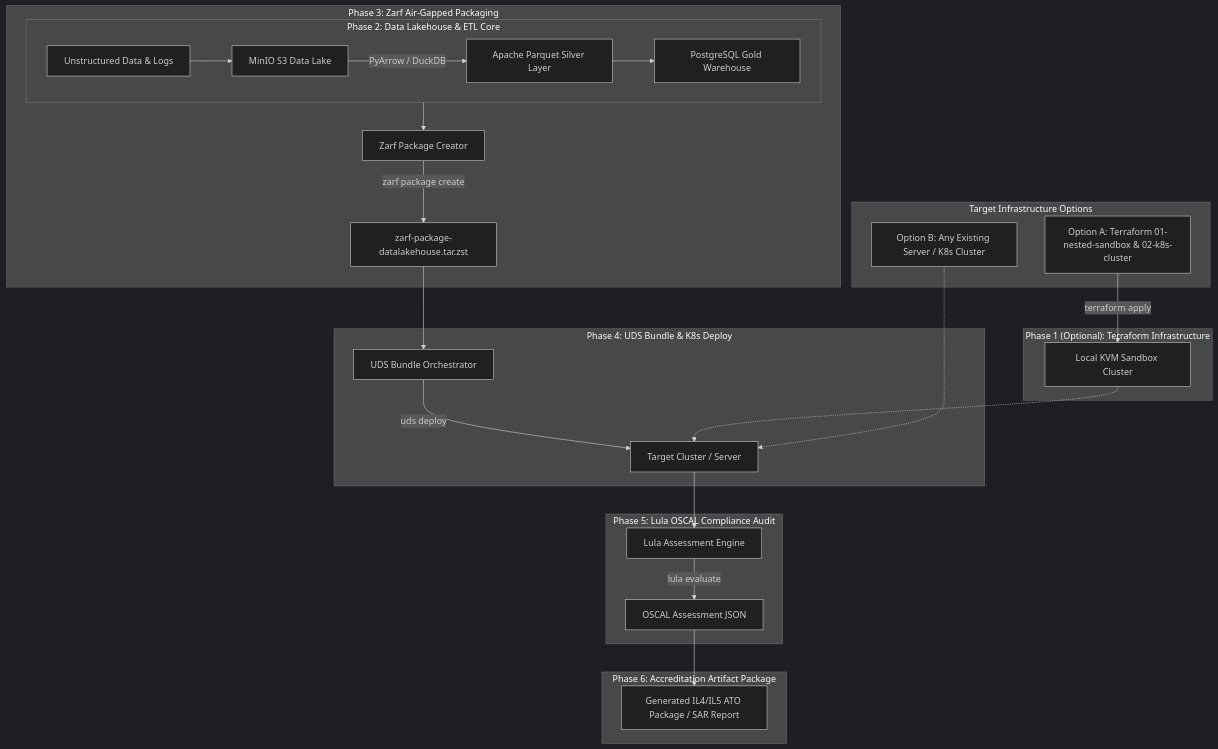
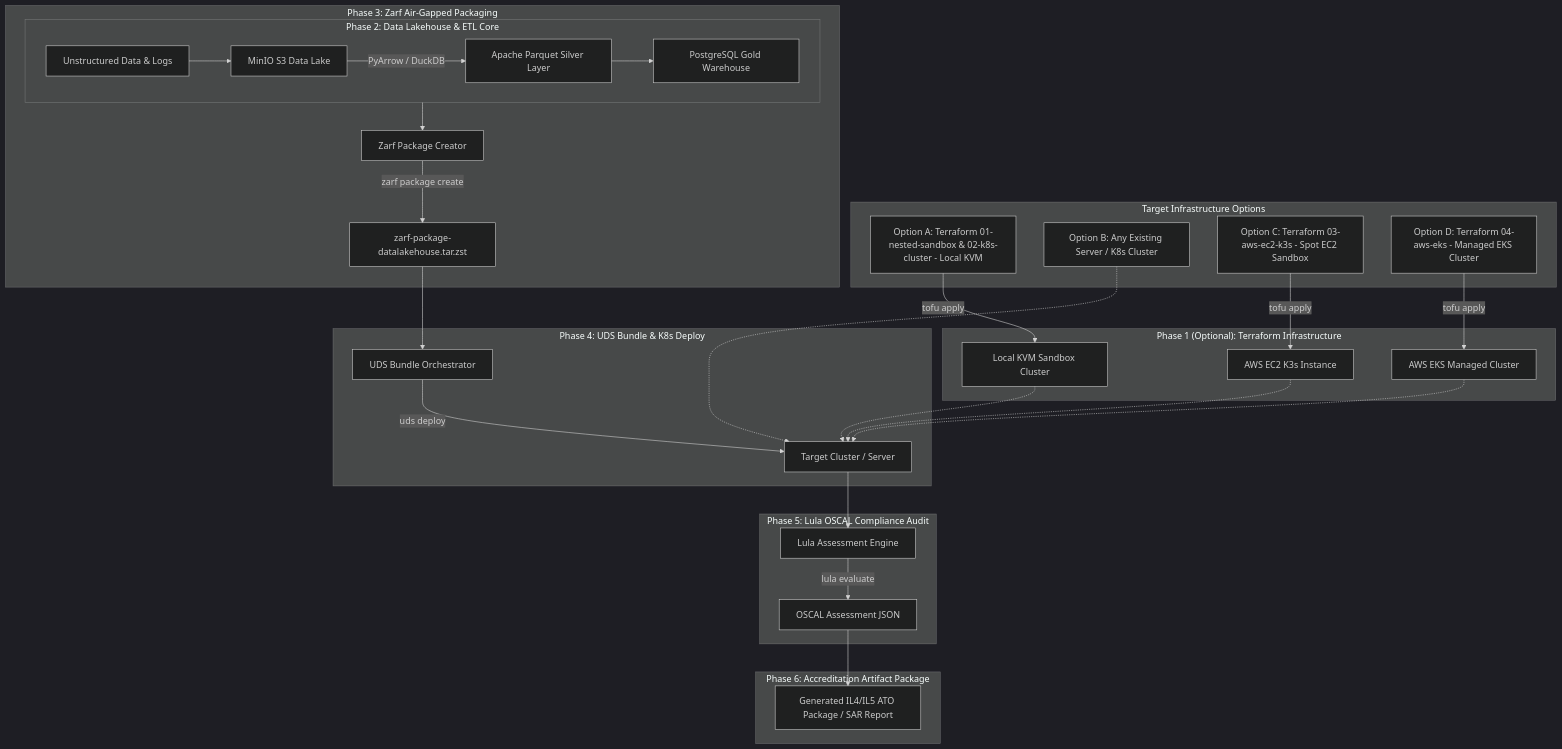
Before and after one commit to celttechie/zarf-uds-lula-datalakehouse: the diagram in PLAN.md, drawn with Mermaid (dark theme). The commit also changed other lines of this file and 7 other files, not shown here.

````diff
--- a/PLAN.md
+++ b/PLAN.md
@@ -13,38 +13,44 @@
 ```mermaid
 flowchart TD
     subgraph TargetEnv ["Target Infrastructure Options"]
-        OPT_A[Option A: Terraform 01-nested-sandbox & 02-k8s-cluster]
+        OPT_A[Option A: Terraform 01-nested-sandbox & 02-k8s-cluster - Local KVM]
         OPT_B[Option B: Any Existing Server / K8s Cluster]
+        OPT_C[Option C: Terraform 03-aws-ec2-k3s - Spot EC2 Sandbox]
+        OPT_D[Option D: Terraform 04-aws-eks - Managed EKS Cluster]
     end
 
     subgraph P1 ["Phase 1 (Optional): Terraform Infrastructure"]
-        OPT_A -->|terraform apply| K3S_A[Local KVM Sandbox Cluster]
+        OPT_A -->|tofu apply| K3S_A[Local KVM Sandbox Cluster]
+        OPT_C -->|tofu apply| K3S_C[AWS EC2 K3s Instance]
+        OPT_D -->|tofu apply| EKS_D[AWS EKS Managed Cluster]
     end
 
     subgraph P2 ["Phase 2: Data Lakehouse & ETL Core"]
         RAW[Unstructured Data & Logs] --> MINIO[MinIO S3 Data Lake]
         MINIO -->|PyArrow / DuckDB| PARQUET[Apache Parquet Silver Layer]
         PARQUET --> PG[PostgreSQL Gold Warehouse]
     end
 
     subgraph P3 ["Phase 3: Zarf Air-Gapped Packaging"]
         P2 --> ZARF[Zarf Package Creator]
         ZARF -->|zarf package create| TAR[zarf-package-datalakehouse.tar.zst]
     end
 
     subgraph P4 ["Phase 4: UDS Bundle & K8s Deploy"]
         TAR --> UDS[UDS Bundle Orchestrator]
         UDS -->|uds deploy| K3S[Target Cluster / Server]
         K3S_A -.-> K3S
+        K3S_C -.-> K3S
+        EKS_D -.-> K3S
         OPT_B -.-> K3S
     end
 
     subgraph P5 ["Phase 5: Lula OSCAL Compliance Audit"]
         K3S --> LULA[Lula Assessment Engine]
         LULA -->|lula evaluate| OSCAL[OSCAL Assessment JSON]
     end
 
     subgraph P6 ["Phase 6: Accreditation Artifact Package"]
         OSCAL --> REPORT[Generated IL4/IL5 ATO Package / SAR Report]
     end
 ```
````
